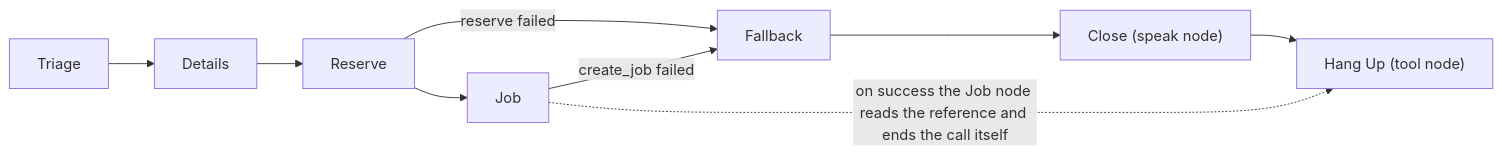
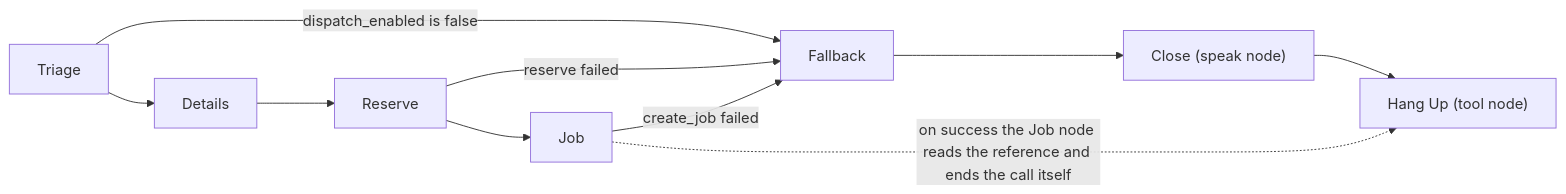
Before and after one commit to speedbar/telnyx-after-hours-dispatch: the second of 2 diagrams in docs/architecture.md, drawn with Mermaid. The commit also changed other lines of this file and 4 other files, not shown here.

Commit message:
Add data model and diagram, sync docs with what is built

````diff
--- a/docs/architecture.md
+++ b/docs/architecture.md
@@ -53,8 +53,9 @@
 ```mermaid
 flowchart LR
   T["Triage"] --> D["Details"] --> R["Reserve"] --> J["Job"]
-  R -->|"reserve failed"| F["Fallback"]
+  T -->|"dispatch_enabled is false"| F["Fallback"]
+  R -->|"reserve failed"| F
   J -->|"create_job failed"| F
   F --> CL["Close (speak node)"] --> H["Hang Up (tool node)"]
   J -.->|"on success the Job node reads the reference and ends the call itself"| H
 ```
````
